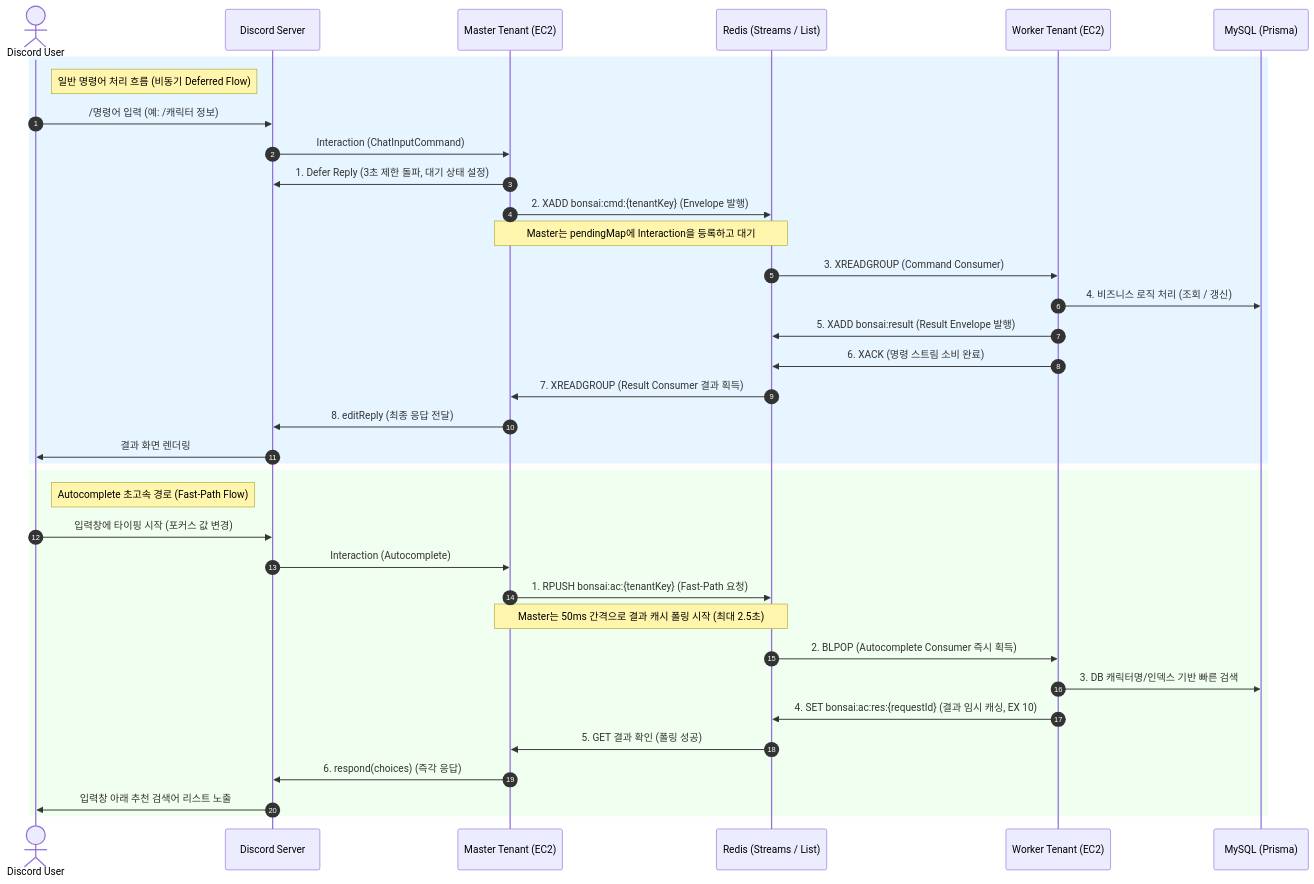
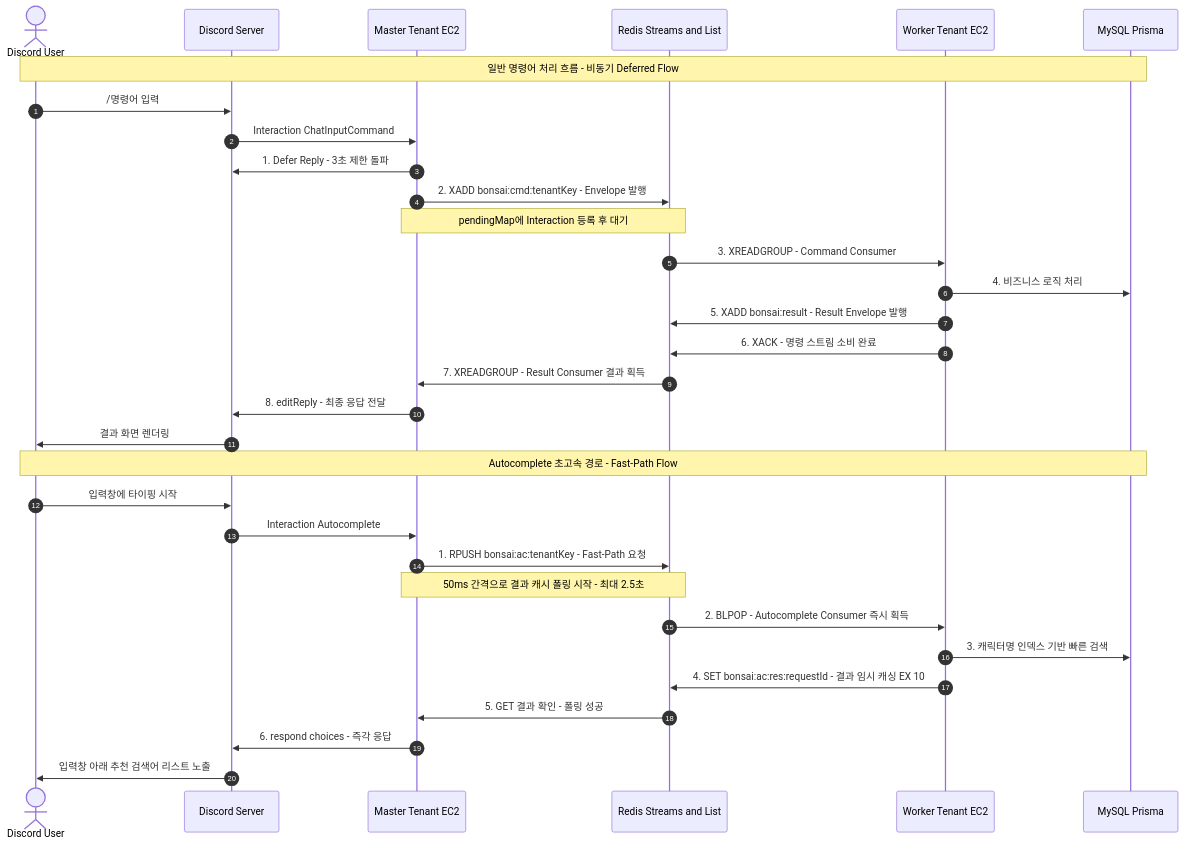
One commit to 4cozm/Bonsai-Bot-V2 changed the second of 5 diagrams in README.md. Above: the diagram before and after it, drawn with Mermaid. The commit also changed other lines of this file, not shown here.

Commit message:
docs: Mermaid 다이어그램 렌더링 오류 수정

````diff
--- a/README.md
+++ b/README.md
@@ -70,46 +70,39 @@
 ```mermaid
 sequenceDiagram
     autonumber
     actor User as Discord User
     participant Discord as Discord Server
-    participant Master as Master Tenant (EC2)
-    participant Redis as Redis (Streams / List)
-    participant Worker as Worker Tenant (EC2)
-    participant DB as MySQL (Prisma)
+    participant Master as Master Tenant EC2
+    participant Redis as Redis Streams and List
+    participant Worker as Worker Tenant EC2
+    participant DB as MySQL Prisma
 
-    %% 일반 명령어 처리 흐름 (Deferred Command Flow)
-    rect rgb(230, 245, 255)
-        note right of User: 일반 명령어 처리 흐름 (비동기 Deferred Flow)
-        User->>Discord: /명령어 입력 (예: /캐릭터 정보)
-        Discord->>Master: Interaction (ChatInputCommand)
-        Master->>Discord: 1. Defer Reply (3초 제한 돌파, 대기 상태 설정)
-        Master->>Redis: 2. XADD bonsai:cmd:{tenantKey} (Envelope 발행)
-        Note over Master, Redis: Master는 pendingMap에 Interaction을 등록하고 대기
+    note over User,DB: 일반 명령어 처리 흐름 - 비동기 Deferred Flow
+    User->>Discord: /명령어 입력
+    Discord->>Master: Interaction ChatInputCommand
+    Master->>Discord: 1. Defer Reply - 3초 제한 돌파
+    Master->>Redis: 2. XADD bonsai:cmd:tenantKey - Envelope 발행
+    Note over Master,Redis: pendingMap에 Interaction 등록 후 대기
 
-        Redis->>Worker: 3. XREADGROUP (Command Consumer)
-        Worker->>DB: 4. 비즈니스 로직 처리 (조회 / 갱신)
-        Worker->>Redis: 5. XADD bonsai:result (Result Envelope 발행)
-        Worker->>Redis: 6. XACK (명령 스트림 소비 완료)
+    Redis->>Worker: 3. XREADGROUP - Command Consumer
+    Worker->>DB: 4. 비즈니스 로직 처리
+    Worker->>Redis: 5. XADD bonsai:result - Result Envelope 발행
+    Worker->>Redis: 6. XACK - 명령 스트림 소비 완료
 
-        Redis->>Master: 7. XREADGROUP (Result Consumer 결과 획득)
-        Master->>Discord: 8. editReply (최종 응답 전달)
-        Discord->>User: 결과 화면 렌더링
-    end
+    Redis->>Master: 7. XREADGROUP - Result Consumer 결과 획득
+    Master->>Discord: 8. editReply - 최종 응답 전달
+    Discord->>User: 결과 화면 렌더링
 
-    %% Autocomplete Fast-Path 흐름
-    rect rgb(240, 255, 240)
-        note right of User: Autocomplete 초고속 경로 (Fast-Path Flow)
-        User->>Discord: 입력창에 타이핑 시작 (포커스 값 변경)
-        Discord->>Master: Interaction (Autocomplete)
-        Master->>Redis: 1. RPUSH bonsai:ac:{tenantKey} (Fast-Path 요청)
+    note over User,DB: Autocomplete 초고속 경로 - Fast-Path Flow
+    User->>Discord: 입력창에 타이핑 시작
+    Discord->>Master: Interaction Autocomplete
+    Master->>Redis: 1. RPUSH bonsai:ac:tenantKey - Fast-Path 요청
+    Note over Master,Redis: 50ms 간격으로 결과 캐시 폴링 시작 - 최대 2.5초
+    Redis->>Worker: 2. BLPOP - Autocomplete Consumer 즉시 획득
+    Worker->>DB: 3. 캐릭터명 인덱스 기반 빠른 검색
+    Worker->>Redis: 4. SET bonsai:ac:res:requestId - 결과 임시 캐싱 EX 10
 
-        Note over Master, Redis: Master는 50ms 간격으로 결과 캐시 폴링 시작 (최대 2.5초)
-        Redis->>Worker: 2. BLPOP (Autocomplete Consumer 즉시 획득)
-        Worker->>DB: 3. DB 캐릭터명/인덱스 기반 빠른 검색
-        Worker->>Redis: 4. SET bonsai:ac:res:{requestId} (결과 임시 캐싱, EX 10)
-
-        Redis->>Master: 5. GET 결과 확인 (폴링 성공)
-        Master->>Discord: 6. respond(choices) (즉각 응답)
-        Discord->>User: 입력창 아래 추천 검색어 리스트 노출
-    end
+    Redis->>Master: 5. GET 결과 확인 - 폴링 성공
+    Master->>Discord: 6. respond choices - 즉각 응답
+    Discord->>User: 입력창 아래 추천 검색어 리스트 노출
 ```
````
